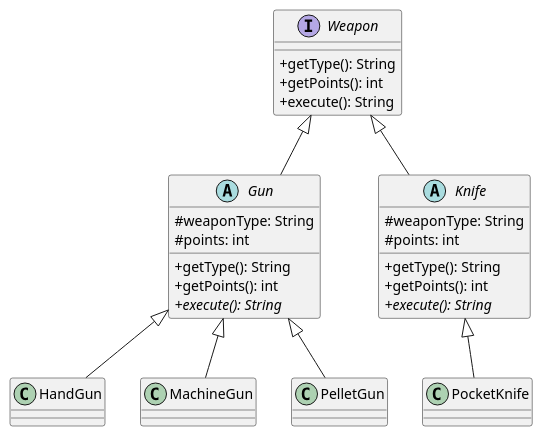
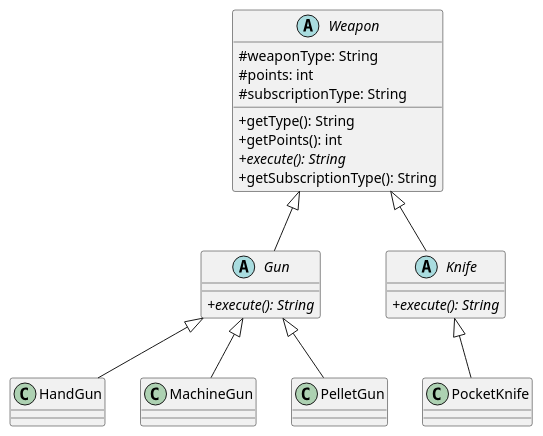
The diagram in Class Diagrams/Weapon.puml (StephCol/DesignPatterns), drawn with PlantUML before and after one commit. The commit also changed 8 other files, not shown here.

```diff
--- a/Class Diagrams/Weapon.puml
+++ b/Class Diagrams/Weapon.puml
@@ -1,40 +1,35 @@
 @startuml
 skinParam classAttributeIconSize 0
 
-interface Weapon{
+abstract class Weapon{
+#weaponType: String
+#points: int
+#subscriptionType: String
+
 +getType(): String
 +getPoints(): int
-+execute(): String
+{abstract}+execute(): String
++getSubscriptionType(): String
 
 }
 
 abstract class Gun{
-#weaponType: String
-#points: int
-
-+getType(): String
-+getPoints(): int
 {abstract} +execute(): String
 }
 
 abstract class Knife{
-#weaponType: String
-#points: int
-
-+getType(): String
-+getPoints(): int
 {abstract} +execute(): String
 }
 
 Weapon <|-- Gun
 Weapon <|-- Knife
 
 Knife <|-- PocketKnife
 
 Gun <|-- HandGun
 Gun <|-- MachineGun
 Gun <|-- PelletGun
 
 
 
 @enduml
```
